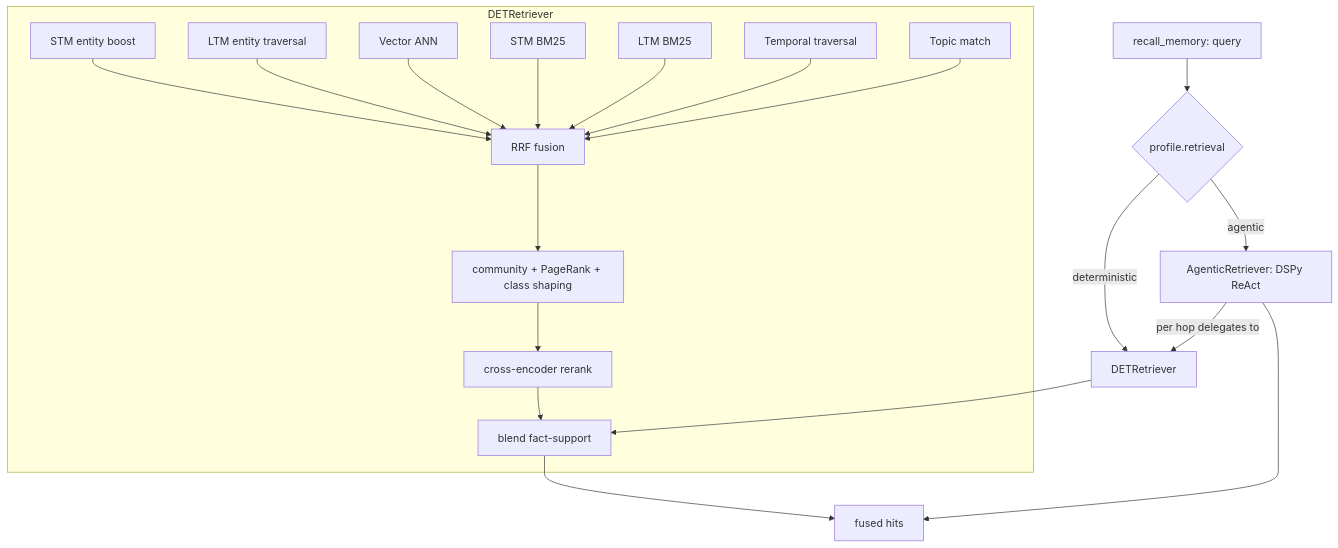
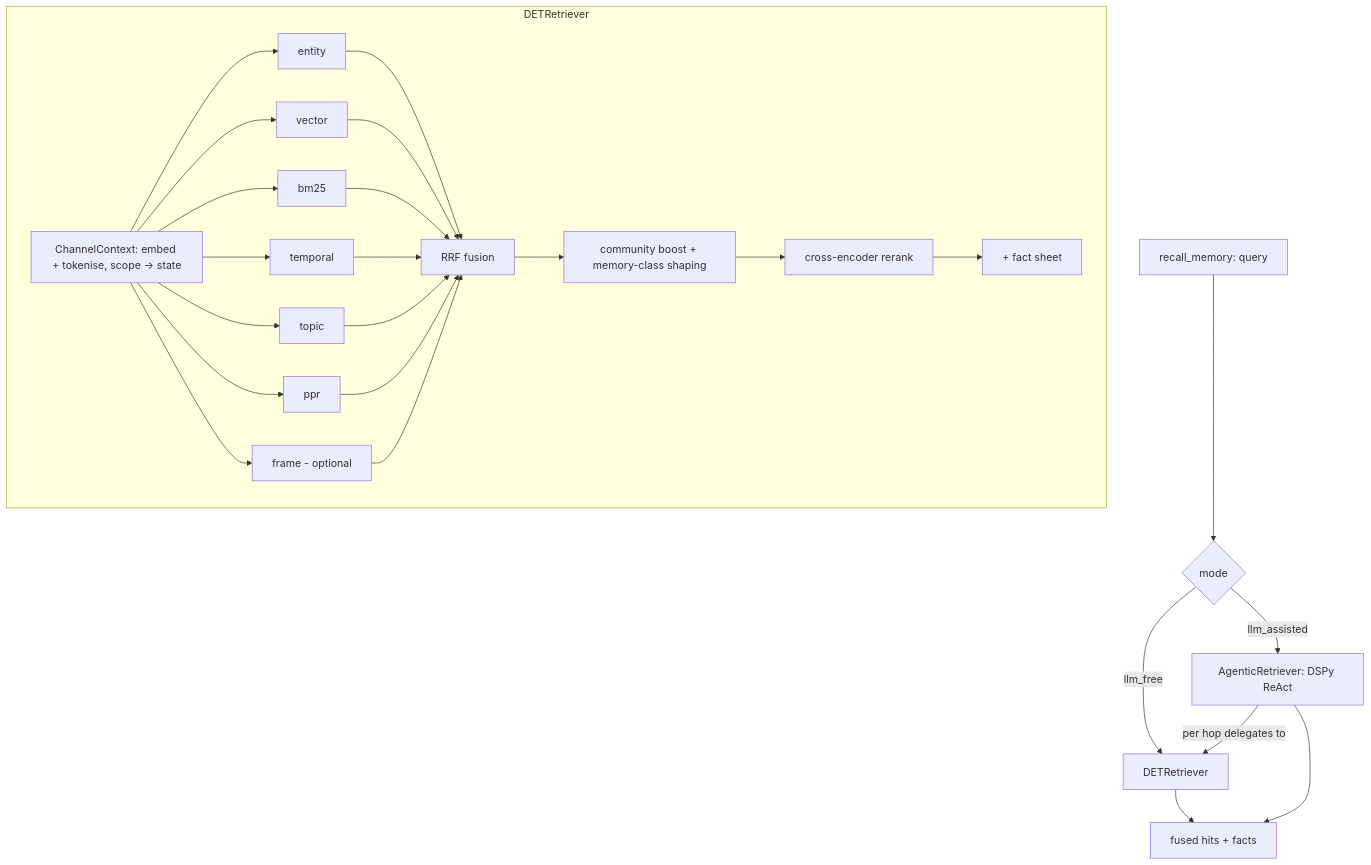
One commit to tamasmakos/graphknows changed the second of 2 diagrams in docs/architecture.md. Above: the diagram before and after it, drawn with Mermaid. The commit also changed other lines of this file, not shown here.

Commit message:
rewrite architecture doc

````diff
--- a/docs/architecture.md
+++ b/docs/architecture.md
@@ -218,25 +311,25 @@
 ```mermaid
 flowchart TD
-    Q[recall_memory: query] --> R{profile.retrieval}
-    R -- deterministic --> DET[DETRetriever]
-    R -- agentic --> AG[AgenticRetriever: DSPy ReAct]
+    Q[recall_memory: query] --> R{mode}
+    R -- llm_free --> DET[DETRetriever]
+    R -- llm_assisted --> AG[AgenticRetriever: DSPy ReAct]
 
     subgraph DETRetriever
-        C1[STM entity boost]
-        C2[LTM entity traversal]
-        C3[Vector ANN]
-        C4[STM BM25]
-        C5[LTM BM25]
-        C6[Temporal traversal]
-        C7[Topic match]
+        CTX[ChannelContext: embed + tokenise, scope -> state]
+        CTX --> C1[entity]
+        CTX --> C2[vector]
+        CTX --> C3[bm25]
+        CTX --> C4[temporal]
+        CTX --> C5[topic]
+        CTX --> C6[ppr]
+        CTX --> C7[frame - optional]
         C1 & C2 & C3 & C4 & C5 & C6 & C7 --> RRF[RRF fusion]
-        RRF --> SHAPE[community + PageRank + class shaping]
+        RRF --> SHAPE[community boost + memory-class shaping]
         SHAPE --> CE[cross-encoder rerank]
-        CE --> FS[blend fact-support]
+        CE --> FS[+ fact sheet]
     end
 
     AG -->|per hop delegates to| DET
-    DET --> FS
-    FS --> OUT[fused hits]
+    DET --> OUT[fused hits + facts]
     AG --> OUT
 ```
````
